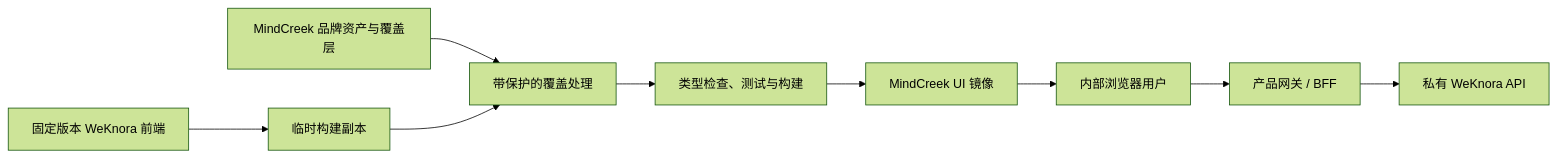
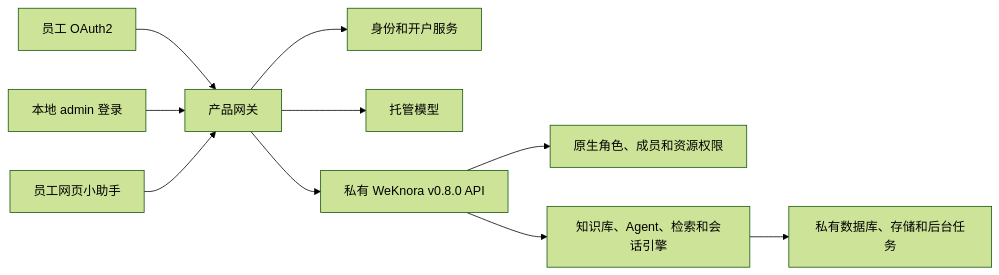
Before and after one commit to gawaineLee77/MyKB: the diagram in docs/OVERALL_DESIGN_ZH.md, drawn with Mermaid (forest theme). The commit also changed other lines of this file and 516 other files, not shown here.

````diff
--- a/docs/OVERALL_DESIGN_ZH.md
+++ b/docs/OVERALL_DESIGN_ZH.md
@@ -1003,11 +99,12 @@
 ```mermaid
 flowchart LR
-    TAG[固定版本 WeKnora 前端] --> COPY[临时构建副本]
-    BRAND[MindCreek 品牌资产与覆盖层] --> APPLY[带保护的覆盖处理]
-    COPY --> APPLY
-    APPLY --> TEST[类型检查、测试与构建]
-    TEST --> IMAGE[MindCreek UI 镜像]
-    IMAGE --> BROWSER[内部浏览器用户]
-    BROWSER --> GATEWAY[产品网关 / BFF]
-    GATEWAY --> WK[私有 WeKnora API]
+    E[员工 OAuth2] --> G[产品网关]
+    A[本地 admin 登录] --> G
+    W[员工网页小助手] --> G
+    G --> I[身份和开户服务]
+    G --> M[托管模型]
+    G --> U[私有 WeKnora v0.8.0 API]
+    U --> R[原生角色、成员和资源权限]
+    U --> K[知识库、Agent、检索和会话引擎]
+    K --> D[私有数据库、存储和后台任务]
 ```
````
